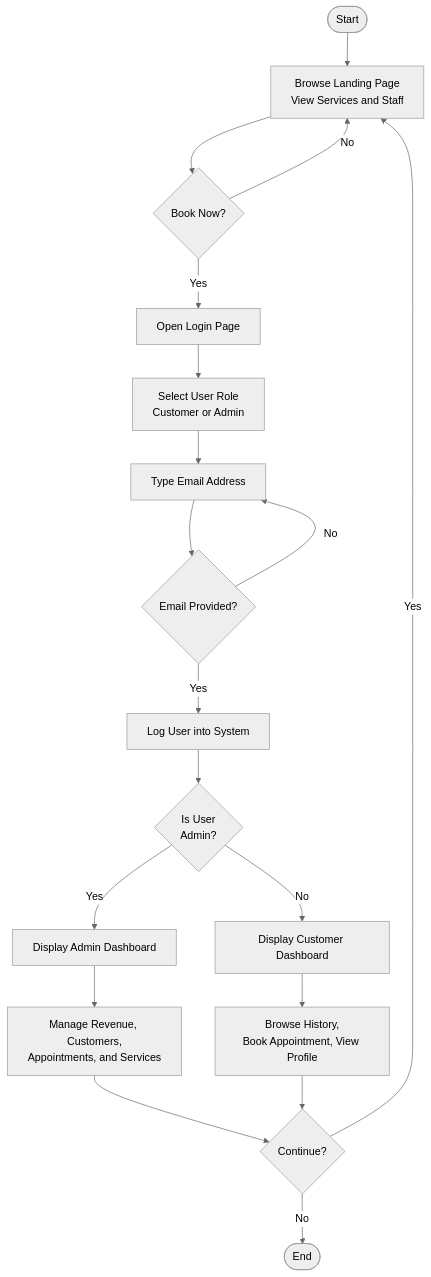
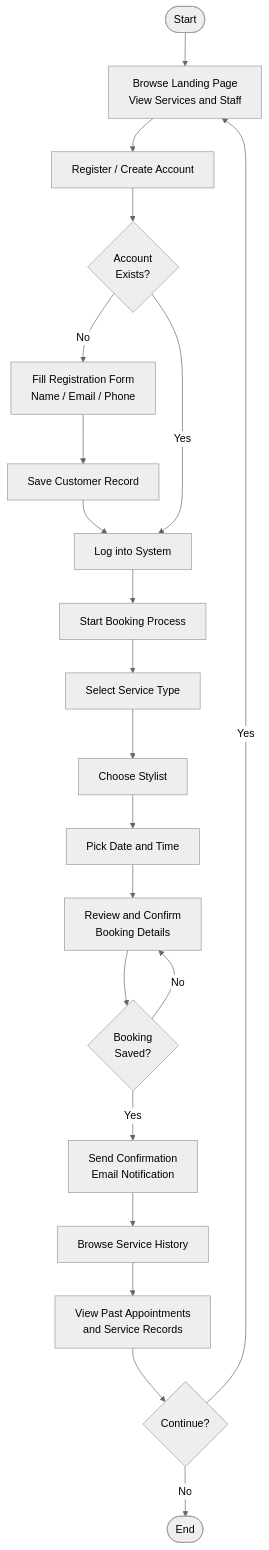
Before and after one commit to pandadoor/crm: the second of 2 diagrams in README.md, drawn with Mermaid (neutral theme). The commit also changed other lines of this file, not shown here.

Commit message:
fix: refine Process Flowchart to match user's specified flow
- Flow: Start → Browse → Register → Account Exists? → Login → Book (select service/stylist/date/confirm) → Email Notification → Browse History → Continue? → End
- Clean, linear customer journey with validation loops

````diff
--- a/README.md
+++ b/README.md
@@ -116,21 +116,23 @@
 ```mermaid
 graph TD
     P_START([Start]) --> BROWSE[Browse Landing Page<br/>View Services and Staff]
-    BROWSE --> BOOK{Book Now?}
-    BOOK -->|No| BROWSE
-    BOOK -->|Yes| LOGIN[Open Login Page]
-    LOGIN --> ROLE[Select User Role<br/>Customer or Admin]
-    ROLE --> EMAIL[Type Email Address]
-    EMAIL --> CHECK{Email Provided?}
-    CHECK -->|No| EMAIL
-    CHECK -->|Yes| AUTH[Log User into System]
-    AUTH --> IS_ADMIN{Is User<br/>Admin?}
-    IS_ADMIN -->|Yes| ADMIN_DASH[Display Admin Dashboard]
-    IS_ADMIN -->|No| CUST_DASH[Display Customer Dashboard]
-    ADMIN_DASH --> ADMIN_OPS[Manage Revenue, Customers,<br/>Appointments, and Services]
-    CUST_DASH --> CUST_OPS[Browse History,<br/>Book Appointment, View Profile]
-    ADMIN_OPS --> CONT{Continue?}
-    CUST_OPS --> CONT
+    BROWSE --> REGISTER[Register / Create Account]
+    REGISTER --> EXISTS{Account<br/>Exists?}
+    EXISTS -->|No| CREATE_ACCT[Fill Registration Form<br/>Name / Email / Phone]
+    CREATE_ACCT --> SAVE_ACCT[Save Customer Record]
+    SAVE_ACCT --> LOGIN[Log into System]
+    EXISTS -->|Yes| LOGIN
+    LOGIN --> BOOK[Start Booking Process]
+    BOOK --> PICK_SVC[Select Service Type]
+    PICK_SVC --> PICK_STYL[Choose Stylist]
+    PICK_STYL --> PICK_DATE[Pick Date and Time]
+    PICK_DATE --> CONFIRM[Review and Confirm<br/>Booking Details]
+    CONFIRM --> SAVED{Booking<br/>Saved?}
+    SAVED -->|No| CONFIRM
+    SAVED -->|Yes| SEND_EMAIL[Send Confirmation<br/>Email Notification]
+    SEND_EMAIL --> HISTORY[Browse Service History]
+    HISTORY --> VIEW_HIST[View Past Appointments<br/>and Service Records]
+    VIEW_HIST --> CONT{Continue?}
     CONT -->|Yes| BROWSE
     CONT -->|No| P_END([End])
 ```
````
